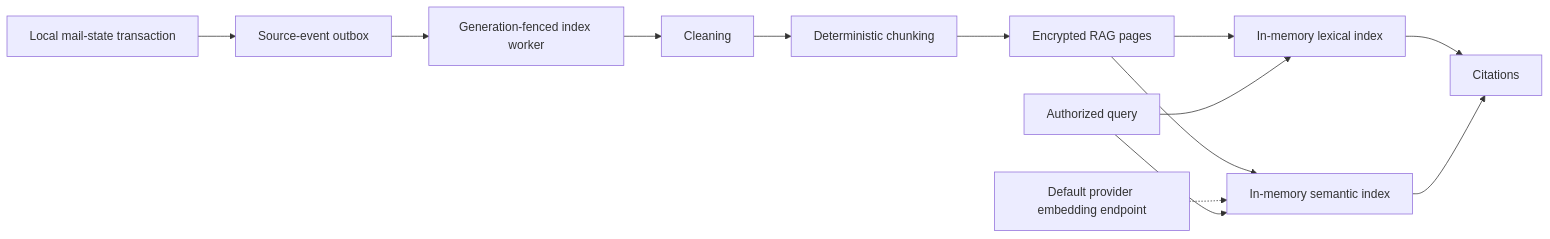
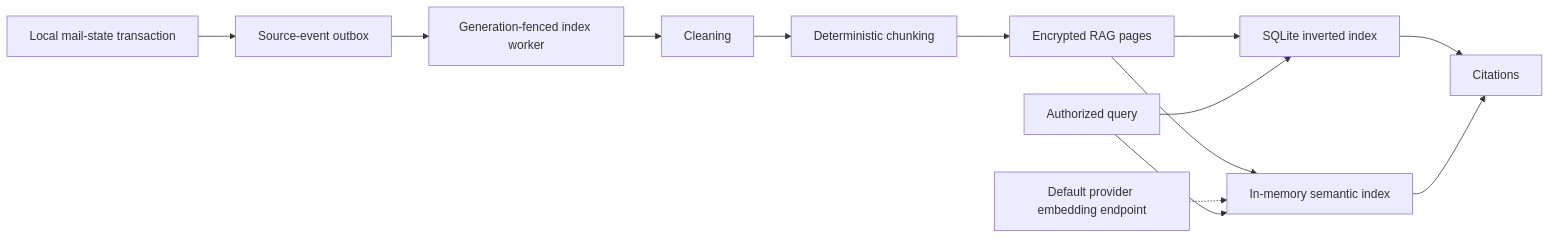
One commit to QinIndexCode/nami-mail changed the diagram in docs/rag/architecture.en.md. Above: the diagram before and after it, drawn with Mermaid. The commit also changed other lines of this file and 6 other files, not shown here.

````diff
--- a/docs/rag/architecture.en.md
+++ b/docs/rag/architecture.en.md
@@ -11,15 +11,15 @@
 ```mermaid
 flowchart LR
   Mail["Local mail-state transaction"] --> Outbox["Source-event outbox"]
   Outbox --> Worker["Generation-fenced index worker"]
   Worker --> Clean["Cleaning"]
   Clean --> Chunk["Deterministic chunking"]
   Chunk --> Pages["Encrypted RAG pages"]
-  Pages --> Memory["In-memory lexical index"]
+  Pages --> Lexical["SQLite inverted index"]
   Pages --> Semantic["In-memory semantic index"]
   Embed["Default provider embedding endpoint"] -.-> Semantic
-  Query["Authorized query"] --> Memory
+  Query["Authorized query"] --> Lexical
   Query --> Semantic
-  Memory --> Cite["Citations"]
+  Lexical --> Cite["Citations"]
   Semantic --> Cite
 ```
````
